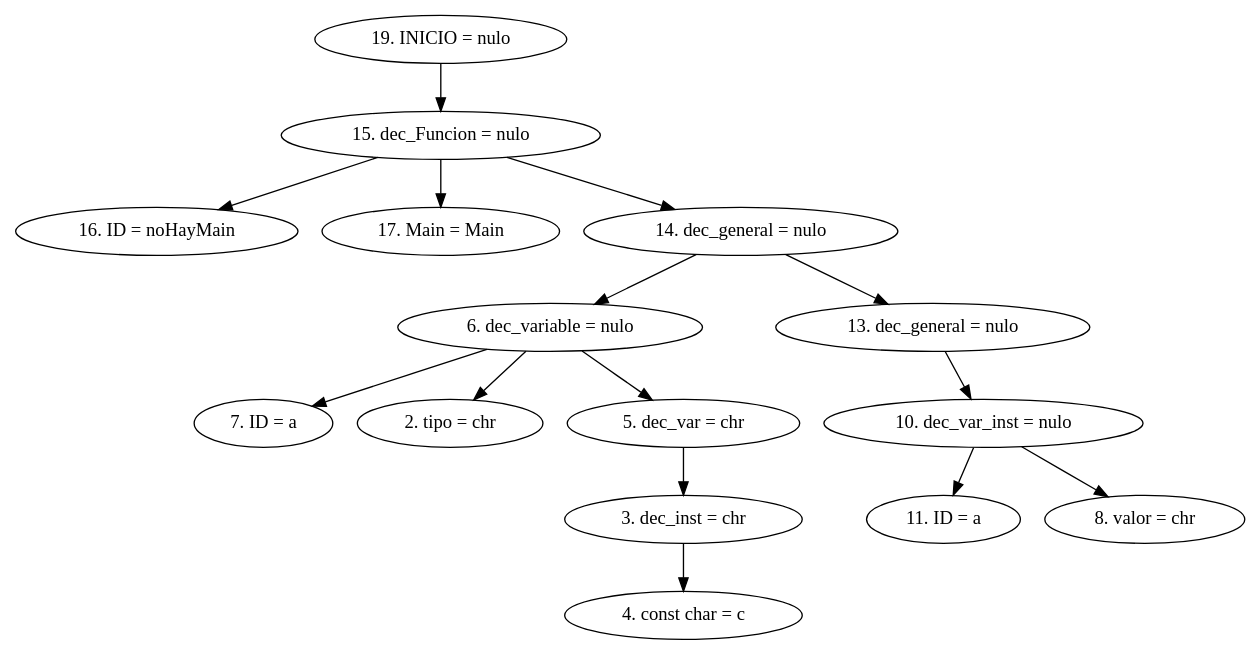
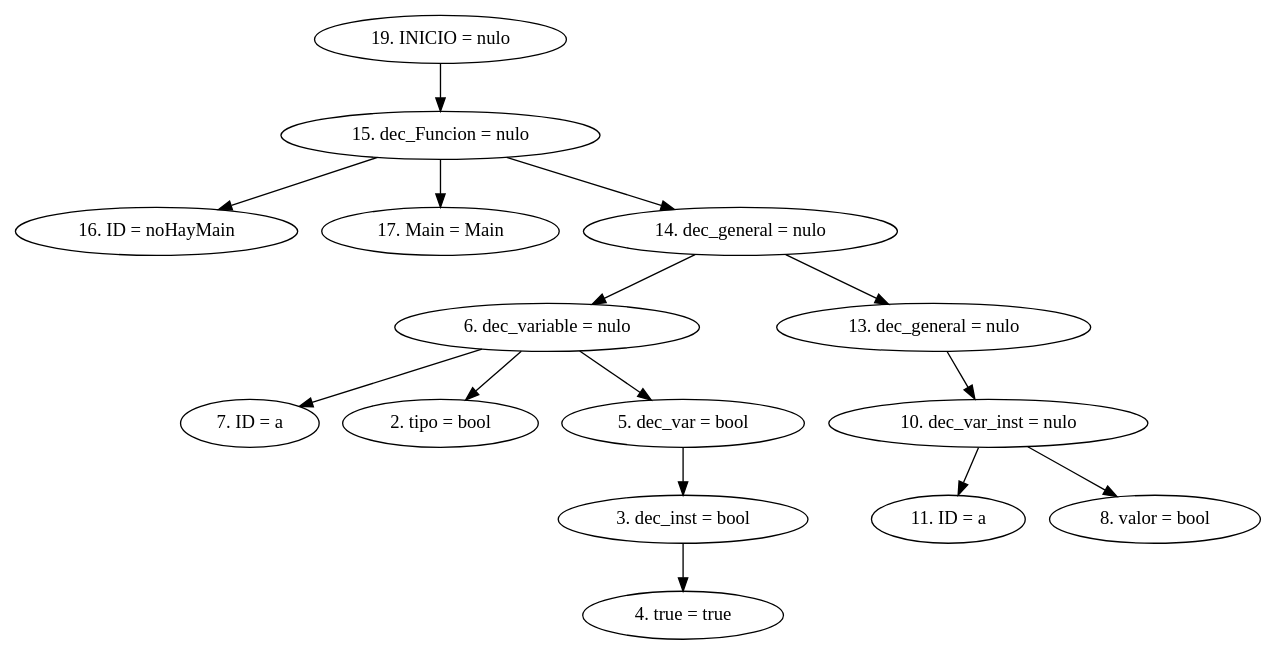
The diagram in AST.dot (CarlosSosVos/NACHTs), drawn with Graphviz before and after one commit. The commit also changed 8 other files, not shown here.

```diff
--- a/AST.dot
+++ b/AST.dot
@@ -1,18 +1,18 @@
 digraph G {
 "19. INICIO = nulo"->"15. dec_Funcion = nulo"
 "15. dec_Funcion = nulo"->"16. ID = noHayMain"
 "15. dec_Funcion = nulo"->"17. Main = Main"
 "15. dec_Funcion = nulo"->"14. dec_general = nulo"
 "14. dec_general = nulo"->"6. dec_variable = nulo"
 "6. dec_variable = nulo"->"7. ID = a"
-"6. dec_variable = nulo"->"2. tipo = chr"
-"6. dec_variable = nulo"->"5. dec_var = chr"
-"5. dec_var = chr"->"3. dec_inst = chr"
-"3. dec_inst = chr"->"4. const char = c"
+"6. dec_variable = nulo"->"2. tipo = bool"
+"6. dec_variable = nulo"->"5. dec_var = bool"
+"5. dec_var = bool"->"3. dec_inst = bool"
+"3. dec_inst = bool"->"4. true = true"
 "14. dec_general = nulo"->"13. dec_general = nulo"
 "13. dec_general = nulo"->"10. dec_var_inst = nulo"
 "10. dec_var_inst = nulo"->"11. ID = a"
-"10. dec_var_inst = nulo"->"8. valor = chr"
+"10. dec_var_inst = nulo"->"8. valor = bool"
 
 
 }
```
